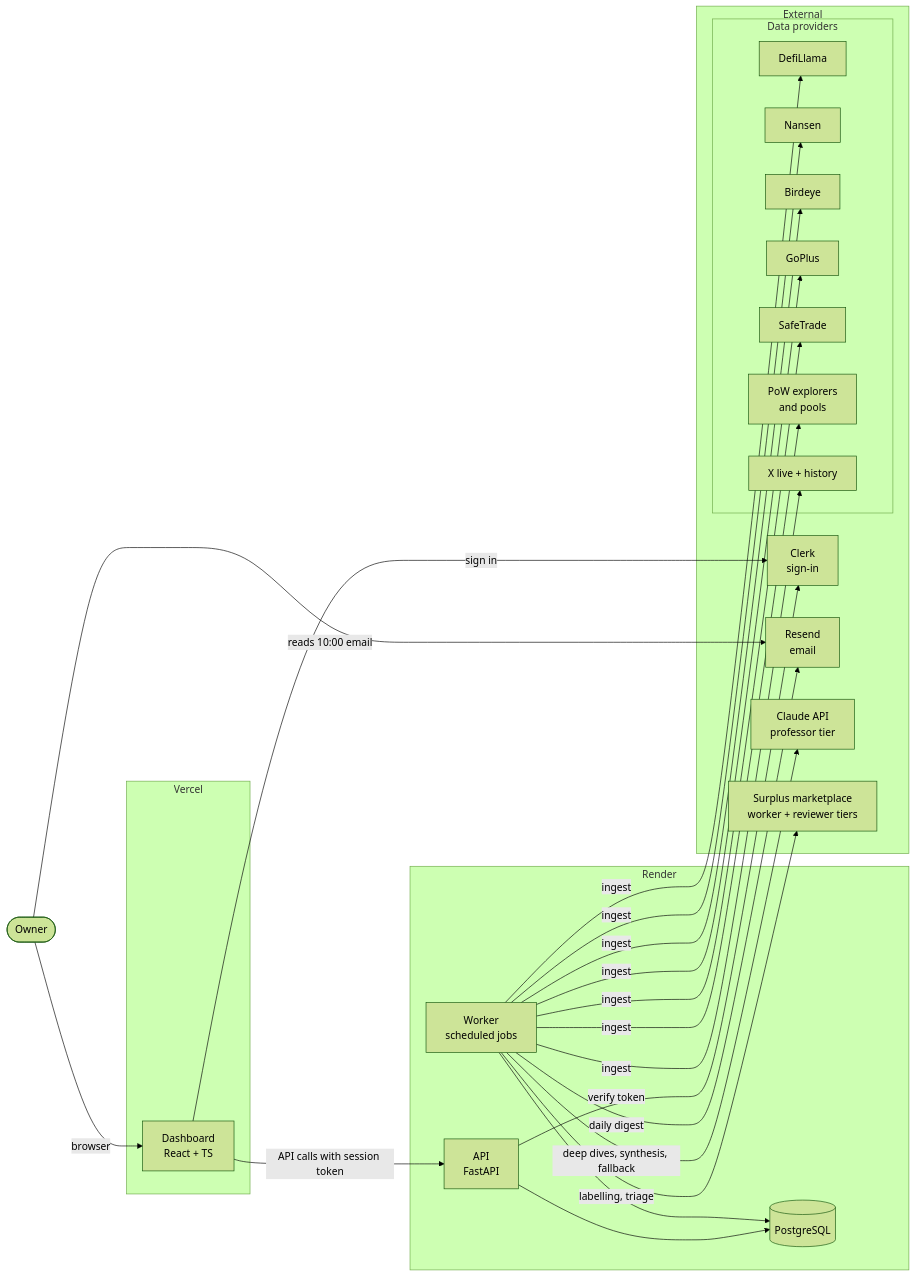
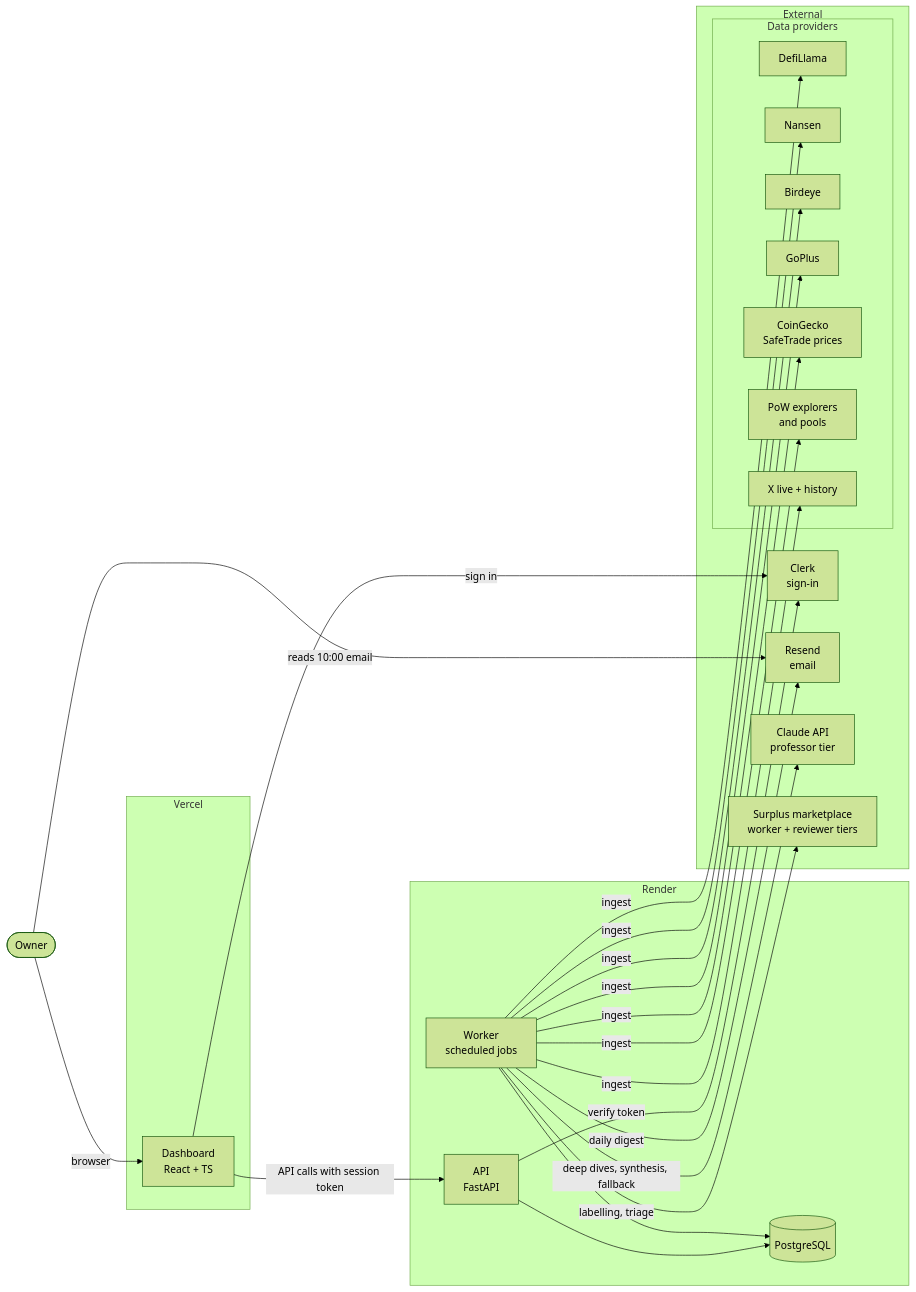
Before and after one commit to perpleksl/Tidewatch: the first of 2 diagrams in diagrams/system-architecture.md, drawn with Mermaid (forest theme). The commit also changed 11 other files, not shown here.

First line of the commit message:
feat: PRL price via CoinGecko instead of direct SafeTrade calls

````diff
--- a/diagrams/system-architecture.md
+++ b/diagrams/system-architecture.md
@@ -5,42 +5,42 @@
 ```mermaid
 flowchart LR
     Owner([Owner])
 
     subgraph Vercel
         Web[Dashboard<br/>React + TS]
     end
 
     subgraph Render
         API[API<br/>FastAPI]
         Worker[Worker<br/>scheduled jobs]
         DB[(PostgreSQL)]
     end
 
     subgraph External
         Clerk[Clerk<br/>sign-in]
         Resend[Resend<br/>email]
         Claude[Claude API<br/>professor tier]
         Surplus[Surplus marketplace<br/>worker + reviewer tiers]
         subgraph DP[Data providers]
             DL[DefiLlama]
             NS[Nansen]
             BE[Birdeye]
             GP[GoPlus]
-            ST[SafeTrade]
+            ST[CoinGecko<br/>SafeTrade prices]
             PW[PoW explorers<br/>and pools]
             X[X live + history]
         end
     end
 
     Owner -->|browser| Web
     Owner -->|reads 10:00 email| Resend
     Web -->|sign in| Clerk
     Web -->|API calls with session token| API
     API -->|verify token| Clerk
     API --> DB
     Worker --> DB
     Worker -->|ingest| DL & NS & BE & GP & ST & PW & X
     Worker -->|labelling, triage| Surplus
     Worker -->|deep dives, synthesis, fallback| Claude
     Worker -->|daily digest| Resend
 ```
````
